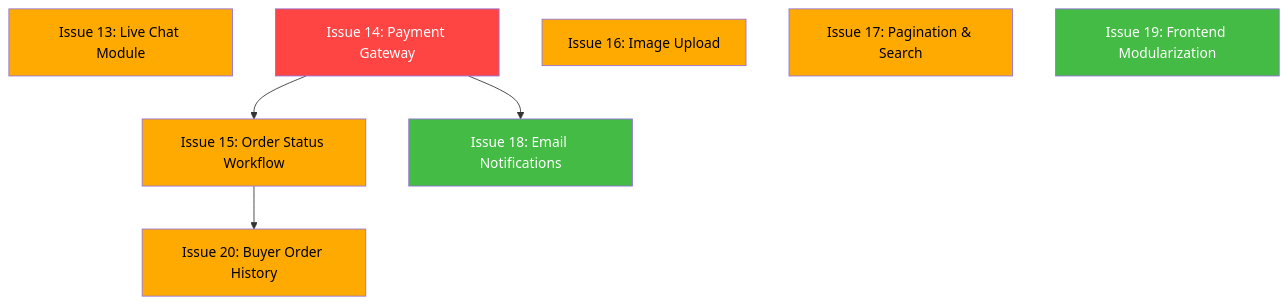
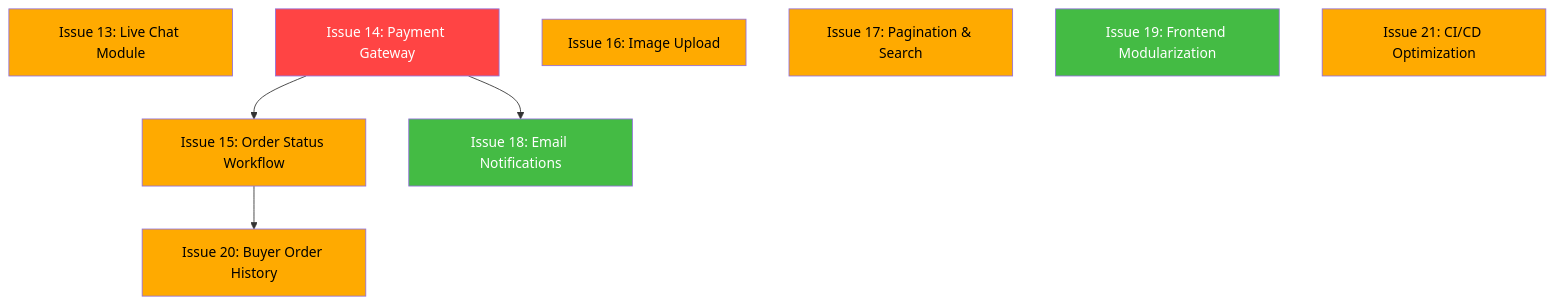
One commit to cobacobiy/program1 changed the diagram in issues/README.md. Above: the diagram before and after it, drawn with Mermaid. The commit also changed other lines of this file and 1 other file, not shown here.

Commit message:
docs(issues): add Issue #21 — CI/CD Pipeline Optimization
Analyzed root cause of slow deployments: Rust compiles 2x (validate job
+ Docker build) and jobs run sequentially (~15-20 min total).

Proposed 3 options:
A) Merge test into Docker build (recommended, ~7-10 min)
B) Run validate + build in parallel (~7-10 min)
C) Skip CI test, trust local testing (~5-7 min)

Includes step-by-step Dockerfile and ci-cd.yml changes.

````diff
--- a/issues/README.md
+++ b/issues/README.md
@@ -65,24 +66,26 @@
 ```mermaid
 graph TD
     I13["Issue 13: Live Chat Module"]
     I14["Issue 14: Payment Gateway"]
     I15["Issue 15: Order Status Workflow"]
     I16["Issue 16: Image Upload"]
     I17["Issue 17: Pagination & Search"]
     I18["Issue 18: Email Notifications"]
     I19["Issue 19: Frontend Modularization"]
     I20["Issue 20: Buyer Order History"]
+    I21["Issue 21: CI/CD Optimization"]
 
     I14 --> I15
     I14 --> I18
     I15 --> I20
 
     style I14 fill:#ff4444,color:#fff
     style I13 fill:#ffaa00,color:#000
     style I15 fill:#ffaa00,color:#000
     style I16 fill:#ffaa00,color:#000
     style I17 fill:#ffaa00,color:#000
     style I20 fill:#ffaa00,color:#000
+    style I21 fill:#ffaa00,color:#000
     style I18 fill:#44bb44,color:#fff
     style I19 fill:#44bb44,color:#fff
 ```
````
